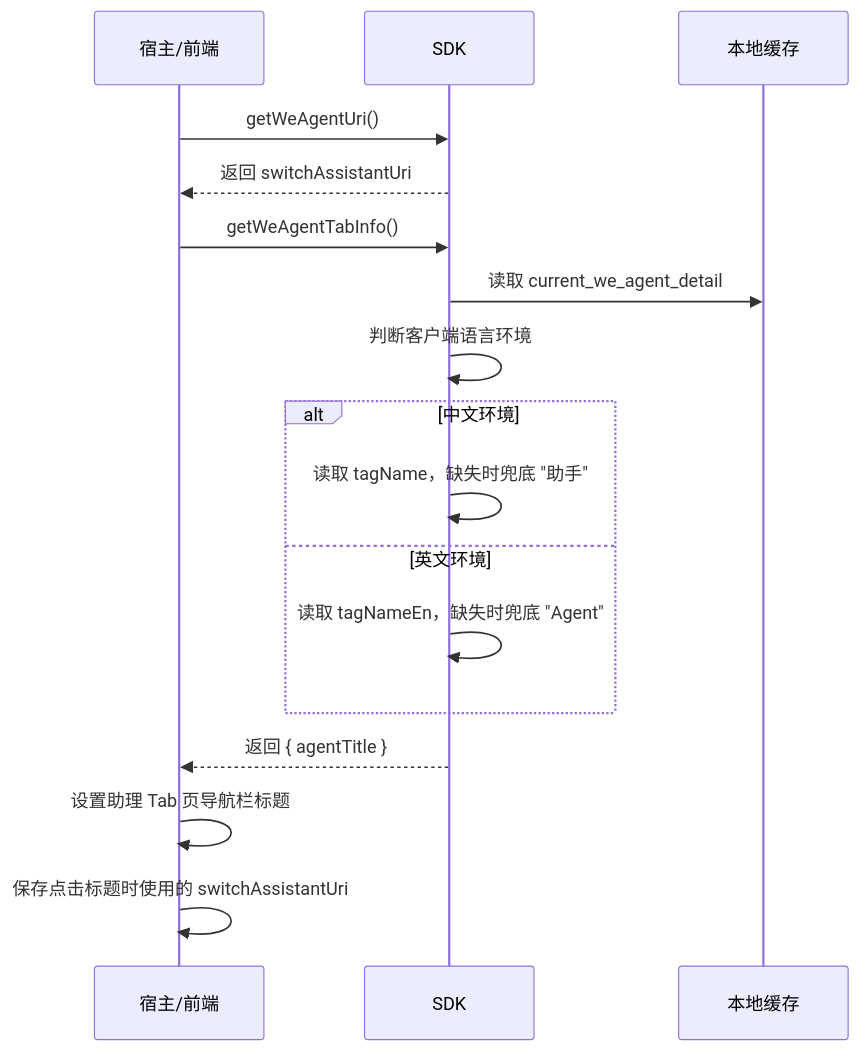
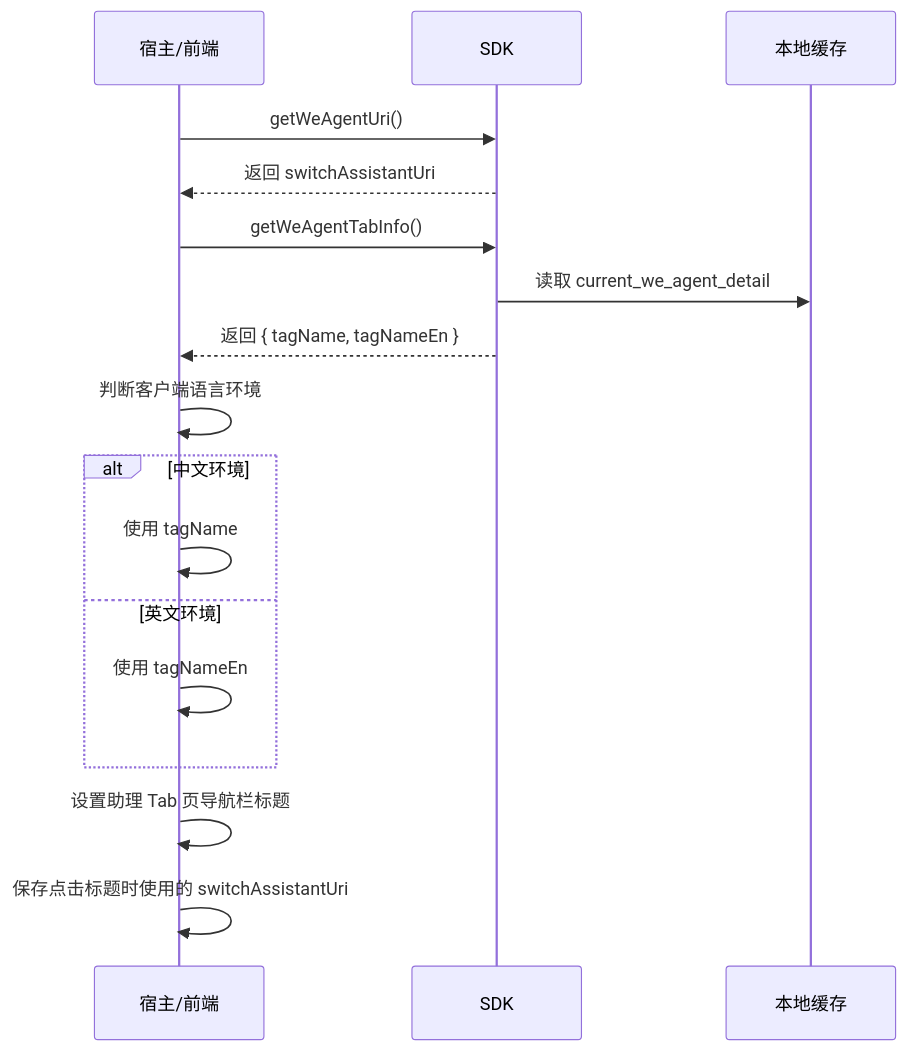
The second of 7 diagrams in 2026-06-16-we-agent-tab-business-tag-plan.md (Abelsjcheng/skillSDK), drawn with Mermaid before and after one commit. The commit also changed other lines of this file and 1 other file, not shown here.

````diff
--- a/2026-06-16-we-agent-tab-business-tag-plan.md
+++ b/2026-06-16-we-agent-tab-business-tag-plan.md
@@ -74,20 +75,20 @@
 ```mermaid
 sequenceDiagram
     participant Host as 宿主/前端
     participant SDK as SDK
     participant Storage as 本地缓存
 
     Host->>SDK: getWeAgentUri()
     SDK-->>Host: 返回 switchAssistantUri
     Host->>SDK: getWeAgentTabInfo()
     SDK->>Storage: 读取 current_we_agent_detail
-    SDK->>SDK: 判断客户端语言环境
+    SDK-->>Host: 返回 { tagName, tagNameEn }
+    Host->>Host: 判断客户端语言环境
     alt 中文环境
-        SDK->>SDK: 读取 tagName，缺失时兜底 "助手"
+        Host->>Host: 使用 tagName
     else 英文环境
-        SDK->>SDK: 读取 tagNameEn，缺失时兜底 "Agent"
+        Host->>Host: 使用 tagNameEn
     end
-    SDK-->>Host: 返回 { agentTitle }
     Host->>Host: 设置助理 Tab 页导航栏标题
     Host->>Host: 保存点击标题时使用的 switchAssistantUri
 ```
````
